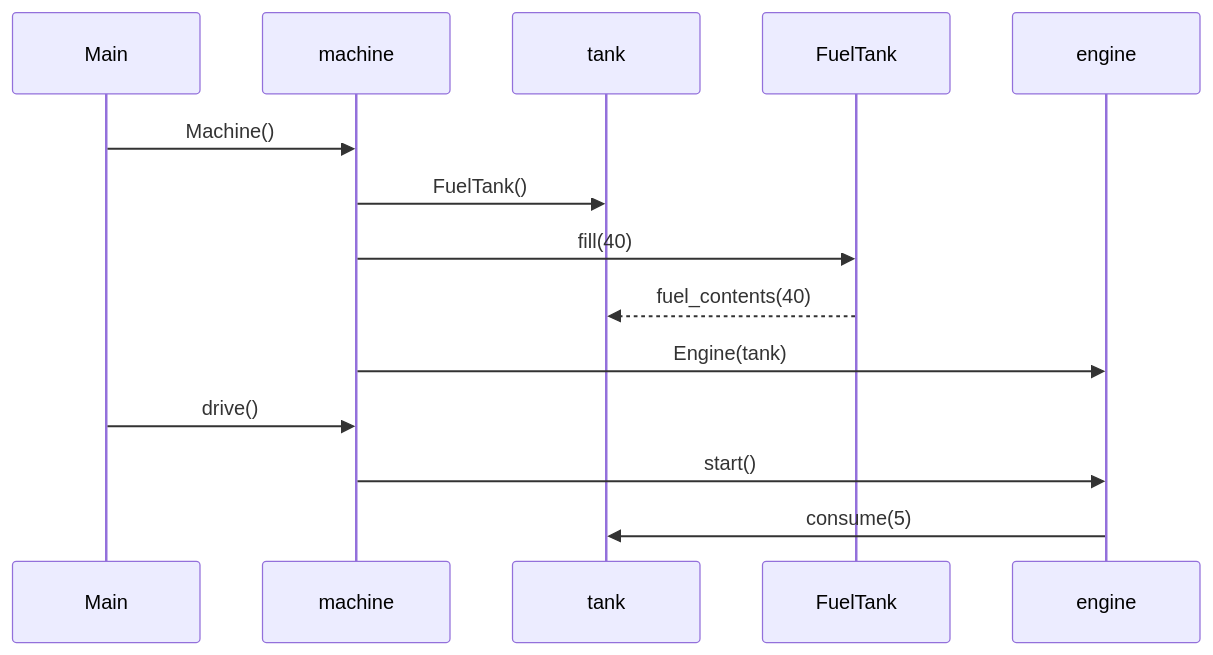
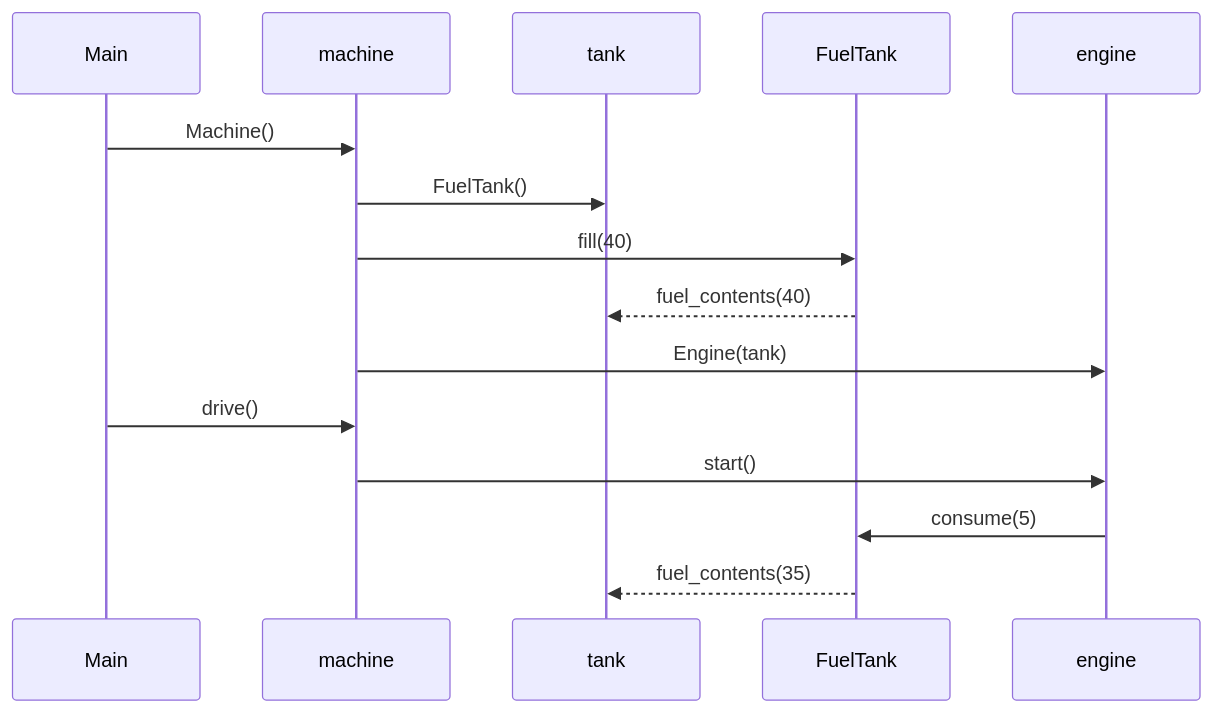
The diagram in laskarit/viikko3/sekvenssikaavio.md (sohvip/ot-harjoitustyo), drawn with Mermaid before and after one commit.

````diff
--- a/laskarit/viikko3/sekvenssikaavio.md
+++ b/laskarit/viikko3/sekvenssikaavio.md
@@ -1,17 +1,17 @@
 ```mermaid
   sequenceDiagram
       participant Main
       participant machine
       participant tank
       participant FuelTank
       participant engine
       Main ->> machine: Machine()
       machine ->> tank: FuelTank()
       machine ->> FuelTank: fill(40)
       FuelTank -->> tank: fuel_contents(40)
       machine ->> engine: Engine(tank)
       Main ->> machine: drive()
       machine ->> engine: start()
-      engine ->> tank: consume(5)
-      
+      engine ->> FuelTank: consume(5)
+      FuelTank -->> tank: fuel_contents(35)
 ```
````
